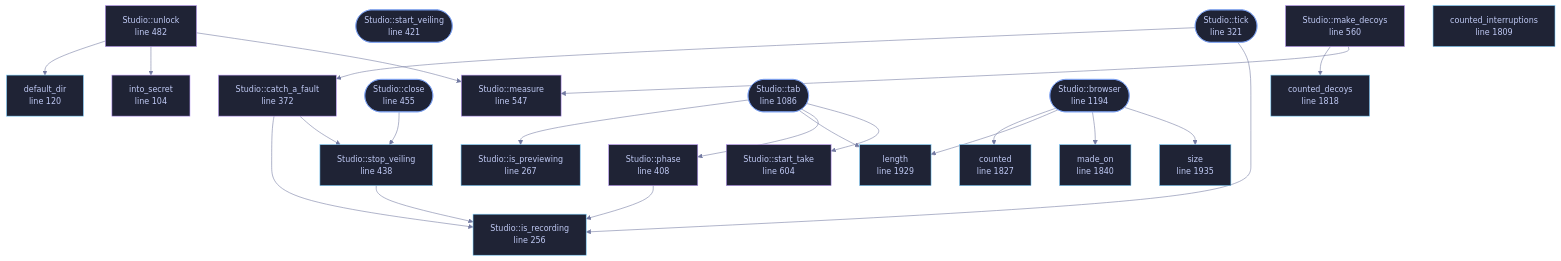
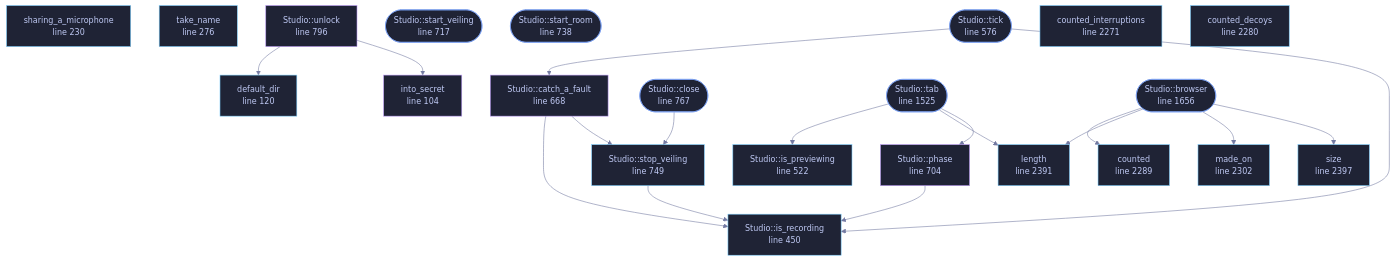
The diagram in docs/files/veilvoice-gui/studio.md (tilas01/veilvoice), drawn with Mermaid before and after one commit. The commit also changed other lines of this file and 41 other files, not shown here.

First line of the commit message:
studio: a room of microphones, a guest each, metered each

````diff
--- a/docs/files/veilvoice-gui/studio.md
+++ b/docs/files/veilvoice-gui/studio.md
@@ -172,74 +189,70 @@
 ```mermaid
 %%{init: {"theme":"base","themeVariables":{"background":"#1a1b26","primaryColor":"#1f2335","primaryTextColor":"#c0caf5","primaryBorderColor":"#7aa2f7","secondaryColor":"#16161e","tertiaryColor":"#16161e","lineColor":"#737aa2","textColor":"#c0caf5","mainBkg":"#1f2335","nodeBorder":"#7aa2f7","clusterBkg":"#16161e","clusterBorder":"#2f3549","fontFamily":"ui-monospace, SFMono-Regular, Consolas, monospace","fontSize":"14px"}}}%%
 flowchart TD
     n_into_secret["into_secret<br/>line 104"]
     n_default_dir["default_dir<br/>line 120"]
-    n_is_recording["Studio::is_recording<br/>line 256"]
-    n_is_previewing["Studio::is_previewing<br/>line 267"]
-    n_tick(["Studio::tick<br/>line 321"])
-    n_catch_a_fault["Studio::catch_a_fault<br/>line 372"]
-    n_phase["Studio::phase<br/>line 408"]
-    n_start_veiling(["Studio::start_veiling<br/>line 421"])
-    n_stop_veiling["Studio::stop_veiling<br/>line 438"]
-    n_close(["Studio::close<br/>line 455"])
-    n_unlock["Studio::unlock<br/>line 482"]
-    n_measure["Studio::measure<br/>line 547"]
-    n_make_decoys["Studio::make_decoys<br/>line 560"]
-    n_start_take["Studio::start_take<br/>line 604"]
-    n_tab(["Studio::tab<br/>line 1086"])
-    n_browser(["Studio::browser<br/>line 1194"])
-    n_counted_interruptions["counted_interruptions<br/>line 1809"]
-    n_counted_decoys["counted_decoys<br/>line 1818"]
-    n_counted["counted<br/>line 1827"]
-    n_made_on["made_on<br/>line 1840"]
-    n_length["length<br/>line 1929"]
-    n_size["size<br/>line 1935"]
+    n_sharing_a_microphone["sharing_a_microphone<br/>line 230"]
+    n_take_name["take_name<br/>line 276"]
+    n_is_recording["Studio::is_recording<br/>line 450"]
+    n_is_previewing["Studio::is_previewing<br/>line 522"]
+    n_tick(["Studio::tick<br/>line 576"])
+    n_catch_a_fault["Studio::catch_a_fault<br/>line 668"]
+    n_phase["Studio::phase<br/>line 704"]
+    n_start_veiling(["Studio::start_veiling<br/>line 717"])
+    n_start_room(["Studio::start_room<br/>line 738"])
+    n_stop_veiling["Studio::stop_veiling<br/>line 749"]
+    n_close(["Studio::close<br/>line 767"])
+    n_unlock["Studio::unlock<br/>line 796"]
+    n_tab(["Studio::tab<br/>line 1525"])
+    n_browser(["Studio::browser<br/>line 1656"])
+    n_counted_interruptions["counted_interruptions<br/>line 2271"]
+    n_counted_decoys["counted_decoys<br/>line 2280"]
+    n_counted["counted<br/>line 2289"]
+    n_made_on["made_on<br/>line 2302"]
+    n_length["length<br/>line 2391"]
+    n_size["size<br/>line 2397"]
     n_browser --> n_counted
     n_browser --> n_length
     n_browser --> n_made_on
     n_browser --> n_size
     n_catch_a_fault --> n_is_recording
     n_catch_a_fault --> n_stop_veiling
     n_close --> n_stop_veiling
-    n_make_decoys --> n_counted_decoys
-    n_make_decoys --> n_measure
     n_phase --> n_is_recording
     n_stop_veiling --> n_is_recording
     n_tab --> n_is_previewing
     n_tab --> n_length
     n_tab --> n_phase
-    n_tab --> n_start_take
     n_tick --> n_catch_a_fault
     n_tick --> n_is_recording
     n_unlock --> n_default_dir
     n_unlock --> n_into_secret
-    n_unlock --> n_measure
     click n_into_secret href "https://github.com/tilas01/veilvoice/blob/main/crates/veilvoice-gui/src/studio.rs#L104" "open the source"
     click n_default_dir href "https://github.com/tilas01/veilvoice/blob/main/crates/veilvoice-gui/src/studio.rs#L120" "open the source"
-    click n_is_recording href "https://github.com/tilas01/veilvoice/blob/main/crates/veilvoice-gui/src/studio.rs#L256" "open the source"
-    click n_is_previewing href "https://github.com/tilas01/veilvoice/blob/main/crates/veilvoice-gui/src/studio.rs#L267" "open the source"
-    click n_tick href "https://github.com/tilas01/veilvoice/blob/main/crates/veilvoice-gui/src/studio.rs#L321" "open the source"
-    click n_catch_a_fault href "https://github.com/tilas01/veilvoice/blob/main/crates/veilvoice-gui/src/studio.rs#L372" "open the source"
-    click n_phase href "https://github.com/tilas01/veilvoice/blob/main/crates/veilvoice-gui/src/studio.rs#L408" "open the source"
-    click n_start_veiling href "https://github.com/tilas01/veilvoice/blob/main/crates/veilvoice-gui/src/studio.rs#L421" "open the source"
-    click n_stop_veiling href "https://github.com/tilas01/veilvoice/blob/main/crates/veilvoice-gui/src/studio.rs#L438" "open the source"
-    click n_close href "https://github.com/tilas01/veilvoice/blob/main/crates/veilvoice-gui/src/studio.rs#L455" "open the source"
-    click n_unlock href "https://github.com/tilas01/veilvoice/blob/main/crates/veilvoice-gui/src/studio.rs#L482" "open the source"
-    click n_measure href "https://github.com/tilas01/veilvoice/blob/main/crates/veilvoice-gui/src/studio.rs#L547" "open the source"
-    click n_make_decoys href "https://github.com/tilas01/veilvoice/blob/main/crates/veilvoice-gui/src/studio.rs#L560" "open the source"
-    click n_start_take href "https://github.com/tilas01/veilvoice/blob/main/crates/veilvoice-gui/src/studio.rs#L604" "open the source"
-    click n_tab href "https://github.com/tilas01/veilvoice/blob/main/crates/veilvoice-gui/src/studio.rs#L1086" "open the source"
-    click n_browser href "https://github.com/tilas01/veilvoice/blob/main/crates/veilvoice-gui/src/studio.rs#L1194" "open the source"
-    click n_counted_interruptions href "https://github.com/tilas01/veilvoice/blob/main/crates/veilvoice-gui/src/studio.rs#L1809" "open the source"
-    click n_counted_decoys href "https://github.com/tilas01/veilvoice/blob/main/crates/veilvoice-gui/src/studio.rs#L1818" "open the source"
-    click n_counted href "https://github.com/tilas01/veilvoice/blob/main/crates/veilvoice-gui/src/studio.rs#L1827" "open the source"
-    click n_made_on href "https://github.com/tilas01/veilvoice/blob/main/crates/veilvoice-gui/src/studio.rs#L1840" "open the source"
-    click n_length href "https://github.com/tilas01/veilvoice/blob/main/crates/veilvoice-gui/src/studio.rs#L1929" "open the source"
-    click n_size href "https://github.com/tilas01/veilvoice/blob/main/crates/veilvoice-gui/src/studio.rs#L1935" "open the source"
+    click n_sharing_a_microphone href "https://github.com/tilas01/veilvoice/blob/main/crates/veilvoice-gui/src/studio.rs#L230" "open the source"
+    click n_take_name href "https://github.com/tilas01/veilvoice/blob/main/crates/veilvoice-gui/src/studio.rs#L276" "open the source"
+    click n_is_recording href "https://github.com/tilas01/veilvoice/blob/main/crates/veilvoice-gui/src/studio.rs#L450" "open the source"
+    click n_is_previewing href "https://github.com/tilas01/veilvoice/blob/main/crates/veilvoice-gui/src/studio.rs#L522" "open the source"
+    click n_tick href "https://github.com/tilas01/veilvoice/blob/main/crates/veilvoice-gui/src/studio.rs#L576" "open the source"
+    click n_catch_a_fault href "https://github.com/tilas01/veilvoice/blob/main/crates/veilvoice-gui/src/studio.rs#L668" "open the source"
+    click n_phase href "https://github.com/tilas01/veilvoice/blob/main/crates/veilvoice-gui/src/studio.rs#L704" "open the source"
+    click n_start_veiling href "https://github.com/tilas01/veilvoice/blob/main/crates/veilvoice-gui/src/studio.rs#L717" "open the source"
+    click n_start_room href "https://github.com/tilas01/veilvoice/blob/main/crates/veilvoice-gui/src/studio.rs#L738" "open the source"
+    click n_stop_veiling href "https://github.com/tilas01/veilvoice/blob/main/crates/veilvoice-gui/src/studio.rs#L749" "open the source"
+    click n_close href "https://github.com/tilas01/veilvoice/blob/main/crates/veilvoice-gui/src/studio.rs#L767" "open the source"
+    click n_unlock href "https://github.com/tilas01/veilvoice/blob/main/crates/veilvoice-gui/src/studio.rs#L796" "open the source"
+    click n_tab href "https://github.com/tilas01/veilvoice/blob/main/crates/veilvoice-gui/src/studio.rs#L1525" "open the source"
+    click n_browser href "https://github.com/tilas01/veilvoice/blob/main/crates/veilvoice-gui/src/studio.rs#L1656" "open the source"
+    click n_counted_interruptions href "https://github.com/tilas01/veilvoice/blob/main/crates/veilvoice-gui/src/studio.rs#L2271" "open the source"
+    click n_counted_decoys href "https://github.com/tilas01/veilvoice/blob/main/crates/veilvoice-gui/src/studio.rs#L2280" "open the source"
+    click n_counted href "https://github.com/tilas01/veilvoice/blob/main/crates/veilvoice-gui/src/studio.rs#L2289" "open the source"
+    click n_made_on href "https://github.com/tilas01/veilvoice/blob/main/crates/veilvoice-gui/src/studio.rs#L2302" "open the source"
+    click n_length href "https://github.com/tilas01/veilvoice/blob/main/crates/veilvoice-gui/src/studio.rs#L2391" "open the source"
+    click n_size href "https://github.com/tilas01/veilvoice/blob/main/crates/veilvoice-gui/src/studio.rs#L2397" "open the source"
     classDef entry fill:#1f2335,stroke:#7aa2f7,color:#c0caf5
-    class n_tick,n_start_veiling,n_close,n_tab,n_browser entry
+    class n_tick,n_start_veiling,n_start_room,n_close,n_tab,n_browser entry
     classDef api fill:#1f2335,stroke:#7dcfff,color:#c0caf5
-    class n_default_dir,n_is_recording,n_is_previewing,n_stop_veiling,n_counted_interruptions,n_counted_decoys,n_counted,n_made_on,n_length,n_size api
+    class n_default_dir,n_sharing_a_microphone,n_take_name,n_is_recording,n_is_previewing,n_stop_veiling,n_counted_interruptions,n_counted_decoys,n_counted,n_made_on,n_length,n_size api
     classDef helper fill:#1f2335,stroke:#bb9af7,color:#c0caf5
-    class n_into_secret,n_catch_a_fault,n_phase,n_unlock,n_measure,n_make_decoys,n_start_take helper
+    class n_into_secret,n_catch_a_fault,n_phase,n_unlock helper
 ```
````
